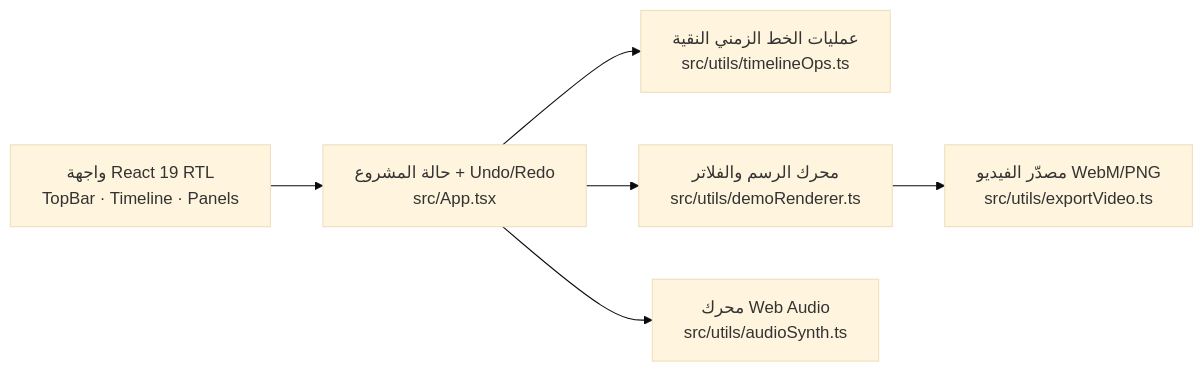
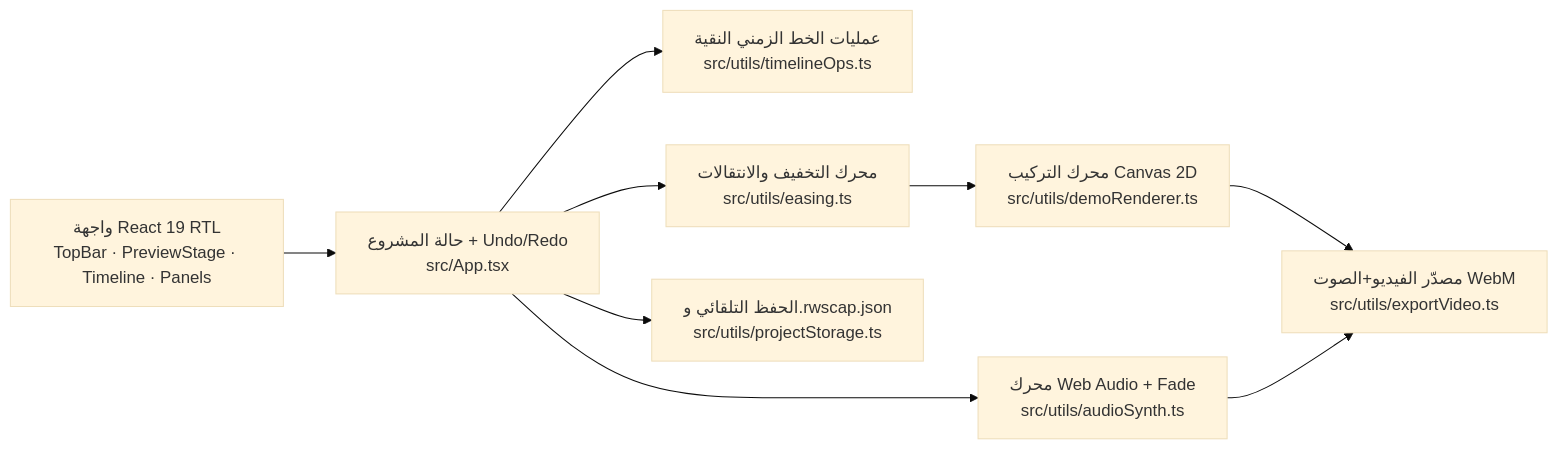
Before and after one commit to mimr5445-dev/rwscap: the diagram in README.md, drawn with Mermaid (base theme). The commit also changed other lines of this file and 23 other files, not shown here.

````diff
--- a/README.md
+++ b/README.md
@@ -45,8 +62,11 @@
 ```mermaid
 flowchart LR
-    UI["واجهة React 19 RTL<br/>TopBar · Timeline · Panels"] --> State["حالة المشروع + Undo/Redo<br/>src/App.tsx"]
+    UI["واجهة React 19 RTL<br/>TopBar · PreviewStage · Timeline · Panels"] --> State["حالة المشروع + Undo/Redo<br/>src/App.tsx"]
     State --> Ops["عمليات الخط الزمني النقية<br/>src/utils/timelineOps.ts"]
-    State --> Canvas["محرك الرسم والفلاتر<br/>src/utils/demoRenderer.ts"]
-    State --> Audio["محرك Web Audio<br/>src/utils/audioSynth.ts"]
-    Canvas --> Export["مصدّر الفيديو WebM/PNG<br/>src/utils/exportVideo.ts"]
+    State --> Motion["محرك التخفيف والانتقالات<br/>src/utils/easing.ts"]
+    State --> Storage["الحفظ التلقائي و.rwscap.json<br/>src/utils/projectStorage.ts"]
+    Motion --> Canvas["محرك التركيب Canvas 2D<br/>src/utils/demoRenderer.ts"]
+    State --> Audio["محرك Web Audio + Fade<br/>src/utils/audioSynth.ts"]
+    Canvas --> Export["مصدّر الفيديو+الصوت WebM<br/>src/utils/exportVideo.ts"]
+    Audio --> Export
 ```
````
